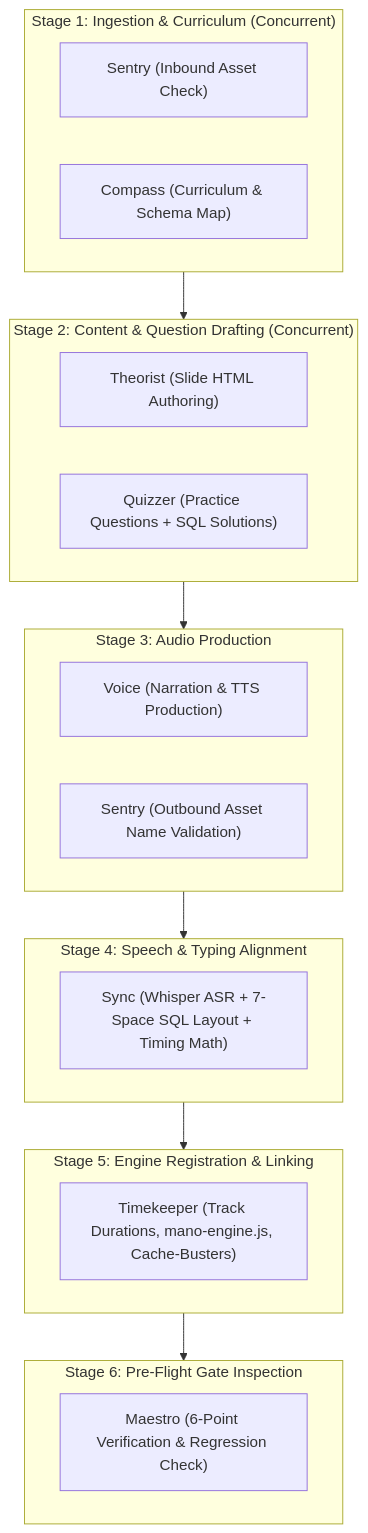
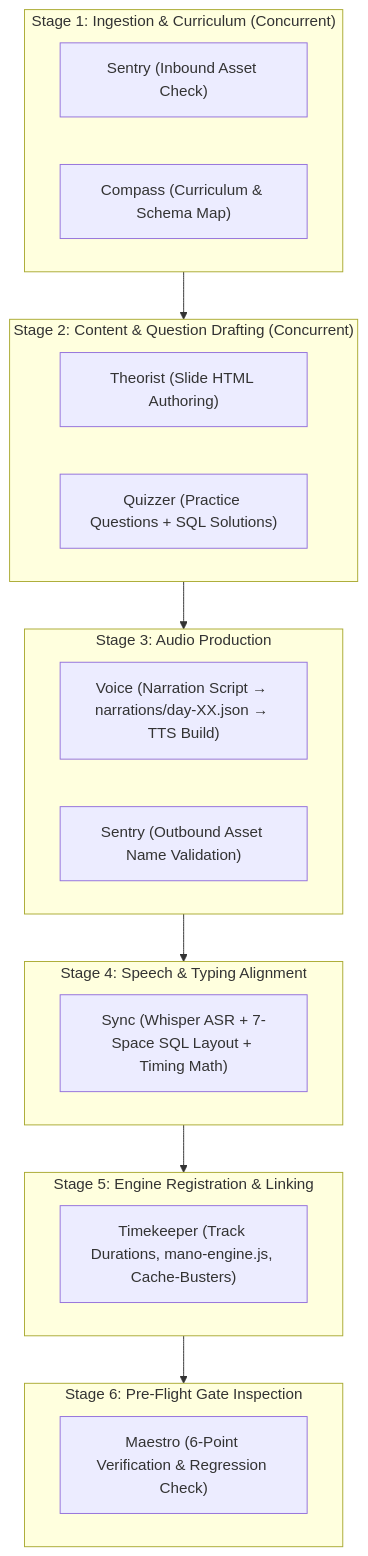
One commit to manodemy/30-days-Python-for-Data-Analyst-V2 changed the diagram in .agents/skills/sql-day-orchestration/SKILL.md. Above: the diagram before and after it, drawn with Mermaid. The commit also changed other lines of this file and 64 other files, not shown here.

````diff
--- a/.agents/skills/sql-day-orchestration/SKILL.md
+++ b/.agents/skills/sql-day-orchestration/SKILL.md
@@ -30,35 +30,35 @@
 ```mermaid
 flowchart TD
     subgraph STAGE_1 ["Stage 1: Ingestion & Curriculum (Concurrent)"]
         Sentry_In["Sentry (Inbound Asset Check)"]
         Compass["Compass (Curriculum & Schema Map)"]
     end
 
     subgraph STAGE_2 ["Stage 2: Content & Question Drafting (Concurrent)"]
         Theorist["Theorist (Slide HTML Authoring)"]
         Quizzer["Quizzer (Practice Questions + SQL Solutions)"]
     end
 
     subgraph STAGE_3 ["Stage 3: Audio Production"]
-        Voice["Voice (Narration & TTS Production)"]
+        Voice["Voice (Narration Script → narrations/day-XX.json → TTS Build)"]
         Sentry_Out["Sentry (Outbound Asset Name Validation)"]
     end
 
     subgraph STAGE_4 ["Stage 4: Speech & Typing Alignment"]
         Sync["Sync (Whisper ASR + 7-Space SQL Layout + Timing Math)"]
     end
 
     subgraph STAGE_5 ["Stage 5: Engine Registration & Linking"]
         Timekeeper["Timekeeper (Track Durations, mano-engine.js, Cache-Busters)"]
     end
 
     subgraph STAGE_6 ["Stage 6: Pre-Flight Gate Inspection"]
         Maestro["Maestro (6-Point Verification & Regression Check)"]
     end
 
     STAGE_1 --> STAGE_2
     STAGE_2 --> STAGE_3
     STAGE_3 --> STAGE_4
     STAGE_4 --> STAGE_5
     STAGE_5 --> STAGE_6
 ```
````
